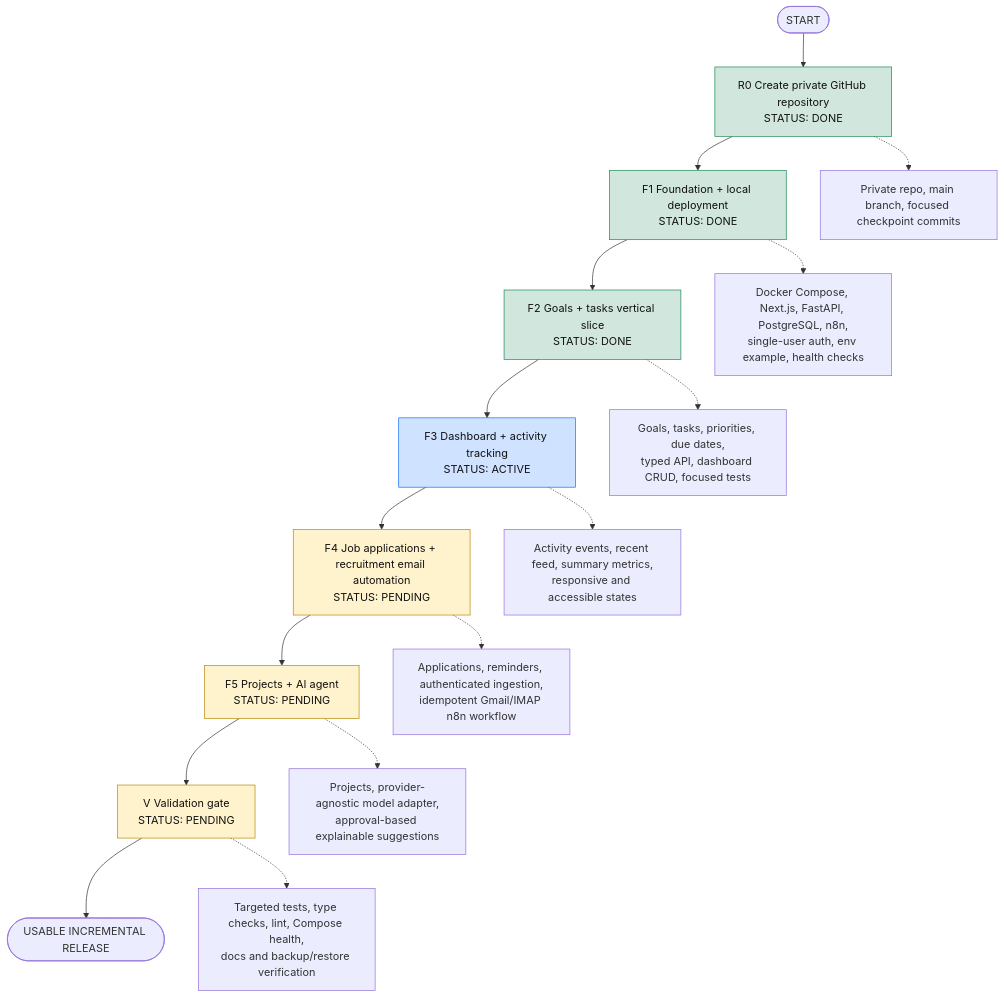
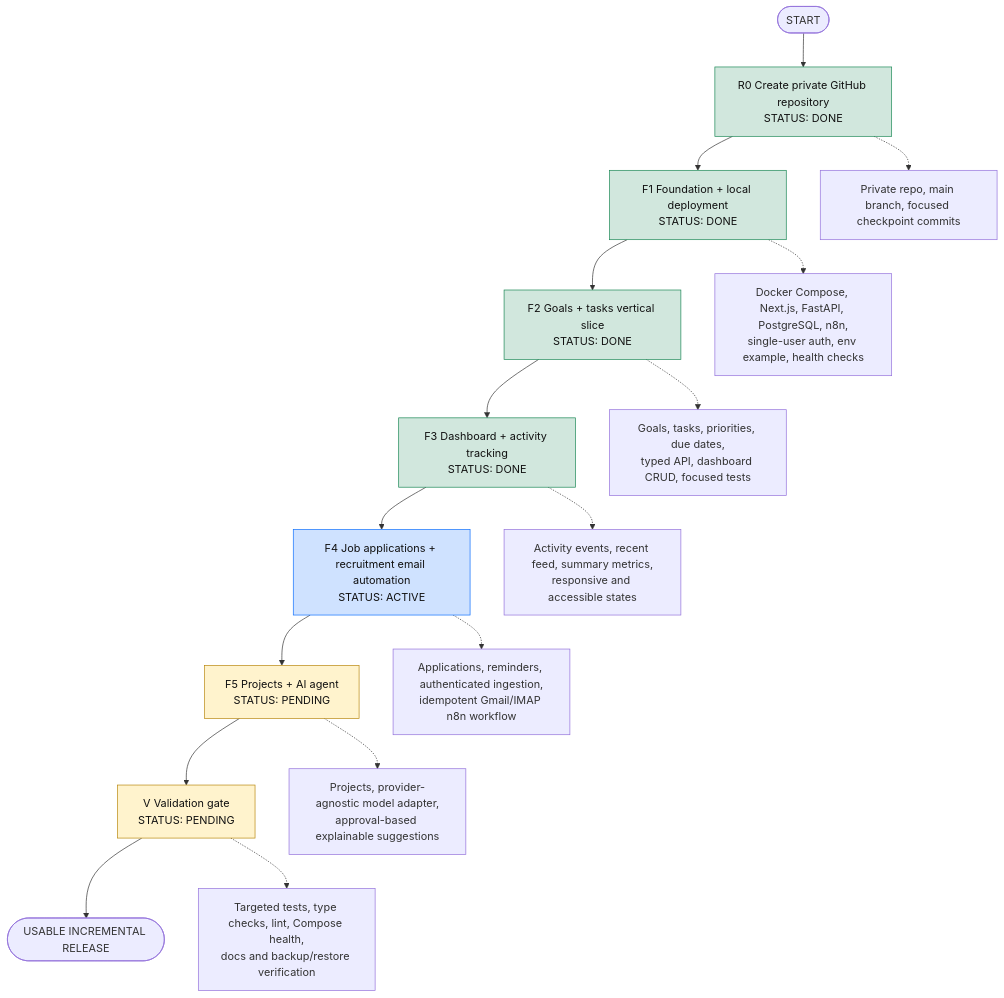
Before and after one commit to sonalisrisivani/personal-os: the diagram in docs/personal-os-map.mmd, drawn with Mermaid. The commit also changed 20 other files, not shown here.

Commit message:
feat: add activity dashboard and metrics

```diff
--- a/docs/personal-os-map.mmd
+++ b/docs/personal-os-map.mmd
@@ -1,33 +1,34 @@
 %% Personal OS execution map
 %% Source of truth for execution order and completion status.
 %% Status legend: PENDING, ACTIVE, DONE, BLOCKED.
 %% Before each implementation turn: read this map first.
 %% After each completed block: change its STATUS and update the matching SQL todo.
 
 flowchart TD
     START([START]) --> R["R0 Create private GitHub repository<br/>STATUS: DONE"]
     R --> F["F1 Foundation + local deployment<br/>STATUS: DONE"]
     F --> G["F2 Goals + tasks vertical slice<br/>STATUS: DONE"]
-    G --> A["F3 Dashboard + activity tracking<br/>STATUS: ACTIVE"]
-    A --> E["F4 Job applications + recruitment email automation<br/>STATUS: PENDING"]
+    G --> A["F3 Dashboard + activity tracking<br/>STATUS: DONE"]
+    A --> E["F4 Job applications + recruitment email automation<br/>STATUS: ACTIVE"]
     E --> I["F5 Projects + AI agent<br/>STATUS: PENDING"]
     I --> V["V Validation gate<br/>STATUS: PENDING"]
     V --> DONE([USABLE INCREMENTAL RELEASE])
 
     F -.-> Fscope["Docker Compose, Next.js, FastAPI, PostgreSQL, n8n,<br/>single-user auth, env example, health checks"]
     R -.-> Rscope["Private repo, main branch, focused checkpoint commits"]
     G -.-> Gscope["Goals, tasks, priorities, due dates,<br/>typed API, dashboard CRUD, focused tests"]
     A -.-> Ascope["Activity events, recent feed, summary metrics,<br/>responsive and accessible states"]
     E -.-> Escope["Applications, reminders, authenticated ingestion,<br/>idempotent Gmail/IMAP n8n workflow"]
     I -.-> Iscope["Projects, provider-agnostic model adapter,<br/>approval-based explainable suggestions"]
     V -.-> Vscope["Targeted tests, type checks, lint, Compose health,<br/>docs and backup/restore verification"]
 
     classDef pending fill:#fff3cd,stroke:#b8860b,color:#111;
     classDef active fill:#cfe2ff,stroke:#0d6efd,color:#111;
     classDef done fill:#d1e7dd,stroke:#198754,color:#111;
     classDef blocked fill:#f8d7da,stroke:#dc3545,color:#111;
-    class E,I,V pending;
-    class A active;
+    class I,V pending;
+    class E active;
+    class A done;
     class G done;
     class F done;
     class R done;
```
